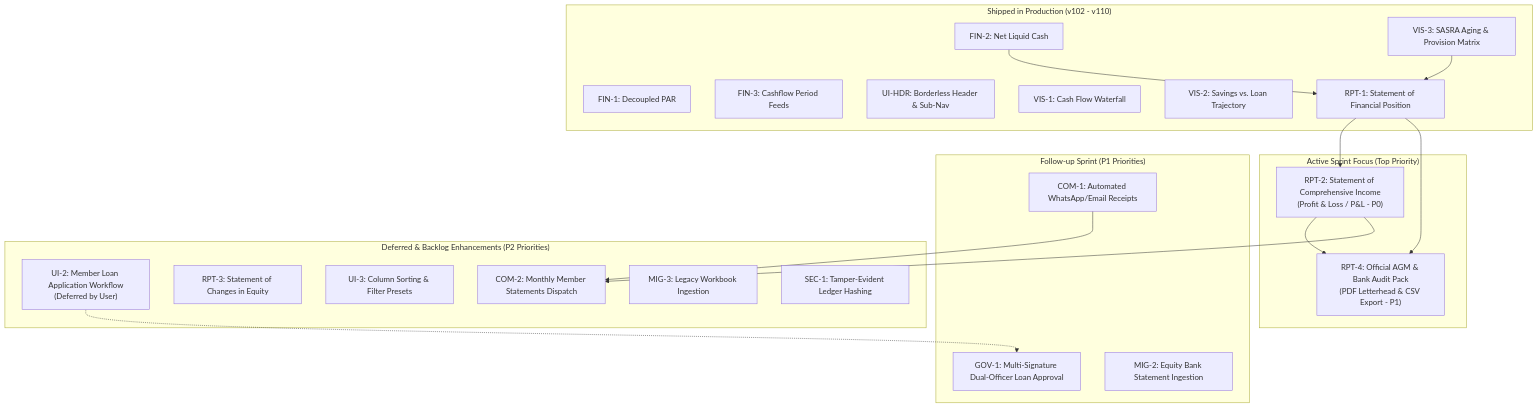
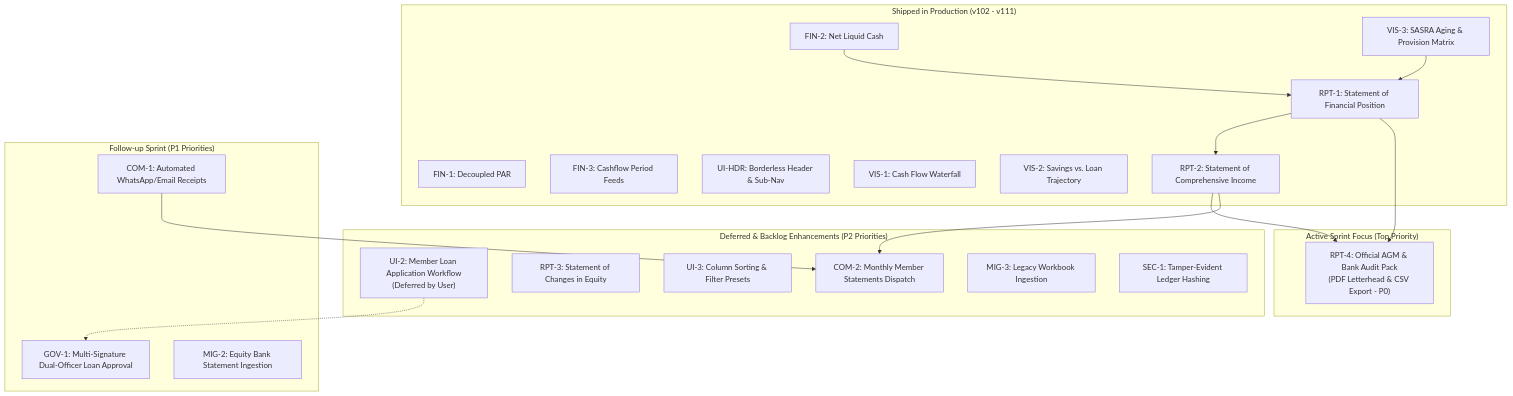
The diagram in BACKLOG.md (delinktech/brightlife), drawn with Mermaid before and after one commit. The commit also changed other lines of this file, not shown here.

Commit message:
docs(scrum): record completion of Task RPT-2 in master BACKLOG.md ledger

````diff
--- a/BACKLOG.md
+++ b/BACKLOG.md
@@ -148,40 +137,40 @@
 ```mermaid
 graph TD
-    subgraph Shipped_Deliverables ["Shipped in Production (v102 - v110)"]
+    subgraph Shipped_Deliverables ["Shipped in Production (v102 - v111)"]
         F1["FIN-1: Decoupled PAR"]
         F2["FIN-2: Net Liquid Cash"]
         F3["FIN-3: Cashflow Period Feeds"]
         H["UI-HDR: Borderless Header & Sub-Nav"]
         V1["VIS-1: Cash Flow Waterfall"]
         V2["VIS-2: Savings vs. Loan Trajectory"]
         V3["VIS-3: SASRA Aging & Provision Matrix"]
         R1["RPT-1: Statement of Financial Position"]
+        R2["RPT-2: Statement of Comprehensive Income"]
     end
 
     subgraph Sprint_Next ["Active Sprint Focus (Top Priority)"]
-        R2["RPT-2: Statement of Comprehensive Income<br>(Profit & Loss / P&L - P0)"]
-        R4["RPT-4: Official AGM & Bank Audit Pack<br>(PDF Letterhead & CSV Export - P1)"]
+        R4["RPT-4: Official AGM & Bank Audit Pack<br>(PDF Letterhead & CSV Export - P0)"]
     end
 
     subgraph Sprint_Follow_Up ["Follow-up Sprint (P1 Priorities)"]
         G1["GOV-1: Multi-Signature Dual-Officer Loan Approval"]
         M2["MIG-2: Equity Bank Statement Ingestion"]
         C1["COM-1: Automated WhatsApp/Email Receipts"]
     end
 
     subgraph Future_Enhancements ["Deferred & Backlog Enhancements (P2 Priorities)"]
         U2["UI-2: Member Loan Application Workflow<br>(Deferred by User)"]
         R3["RPT-3: Statement of Changes in Equity"]
         U3["UI-3: Column Sorting & Filter Presets"]
         C2["COM-2: Monthly Member Statements Dispatch"]
         M3["MIG-3: Legacy Workbook Ingestion"]
         S1["SEC-1: Tamper-Evident Ledger Hashing"]
     end
 
     F2 & V3 --> R1
     R1 --> R2
     R1 & R2 --> R4
     U2 -.-> G1
     R2 --> C2
     C1 --> C2
 ```
````
